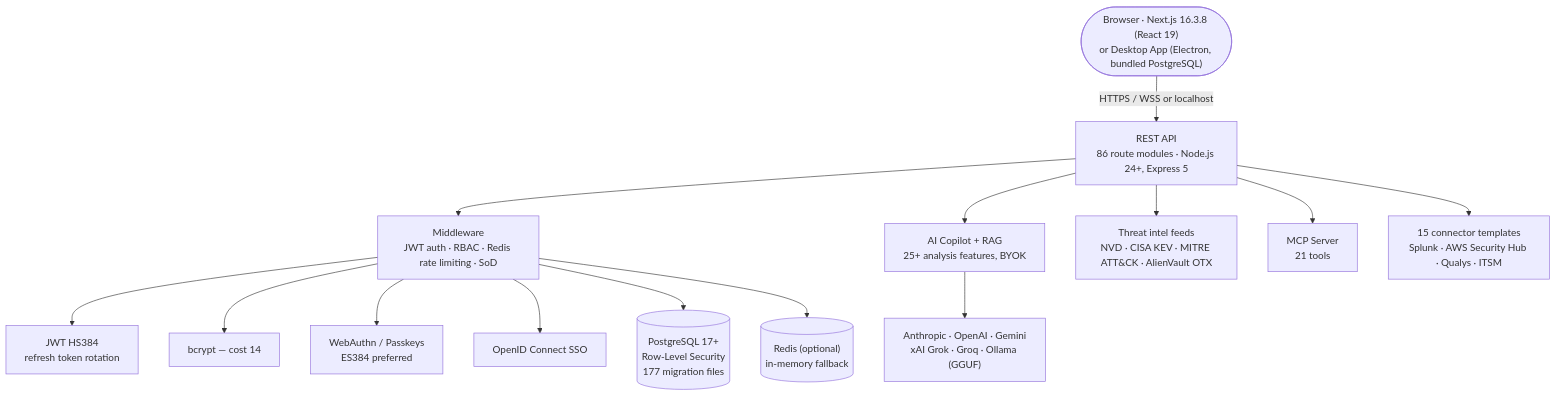
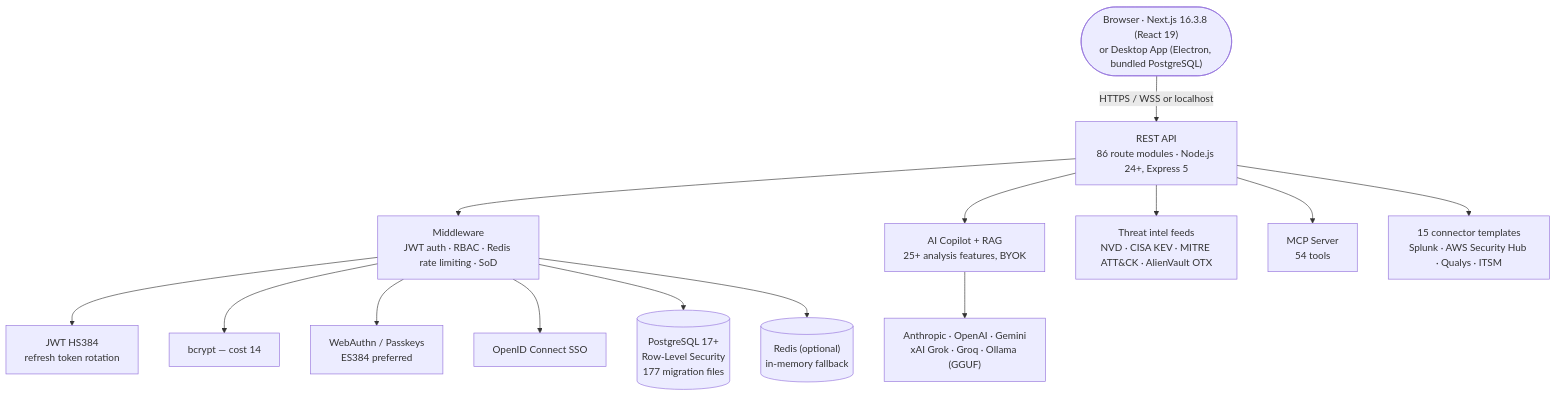
One commit to sherifconteh-collab/ai-grc-platform changed the diagram in README.md. Above: the diagram before and after it, drawn with Mermaid. The commit also changed other lines of this file and 5 other files, not shown here.

First line of the commit message:
fix(mcp): load the 54-tool registry in mcp-server-secure.js

````diff
--- a/README.md
+++ b/README.md
@@ -719,31 +719,31 @@
 ```mermaid
 graph TD
     Client(["Browser · Next.js 16.3.8 (React 19)<br/>or Desktop App (Electron, bundled PostgreSQL)"])
     API["REST API<br/>86 route modules · Node.js 24+, Express 5"]
     MW["Middleware<br/>JWT auth · RBAC · Redis rate limiting · SoD"]
     JWTNode["JWT HS384<br/>refresh token rotation"]
     Bcrypt["bcrypt — cost 14"]
     WebAuthn["WebAuthn / Passkeys<br/>ES384 preferred"]
     OIDC["OpenID Connect SSO"]
     DB[("PostgreSQL 17+<br/>Row-Level Security<br/>177 migration files")]
     Cache[("Redis (optional)<br/>in-memory fallback")]
     Copilot["AI Copilot + RAG<br/>25+ analysis features, BYOK"]
     Providers["Anthropic · OpenAI · Gemini<br/>xAI Grok · Groq · Ollama (GGUF)"]
     Feeds["Threat intel feeds<br/>NVD · CISA KEV · MITRE ATT&CK · AlienVault OTX"]
-    MCP["MCP Server<br/>21 tools"]
+    MCP["MCP Server<br/>54 tools"]
     Connectors["15 connector templates<br/>Splunk · AWS Security Hub · Qualys · ITSM"]
 
     Client -->|HTTPS / WSS or localhost| API
     API --> MW
     MW --> JWTNode
     MW --> Bcrypt
     MW --> WebAuthn
     MW --> OIDC
     MW --> DB
     MW --> Cache
     API --> Copilot
     Copilot --> Providers
     API --> Feeds
     API --> MCP
     API --> Connectors
 ```
````
